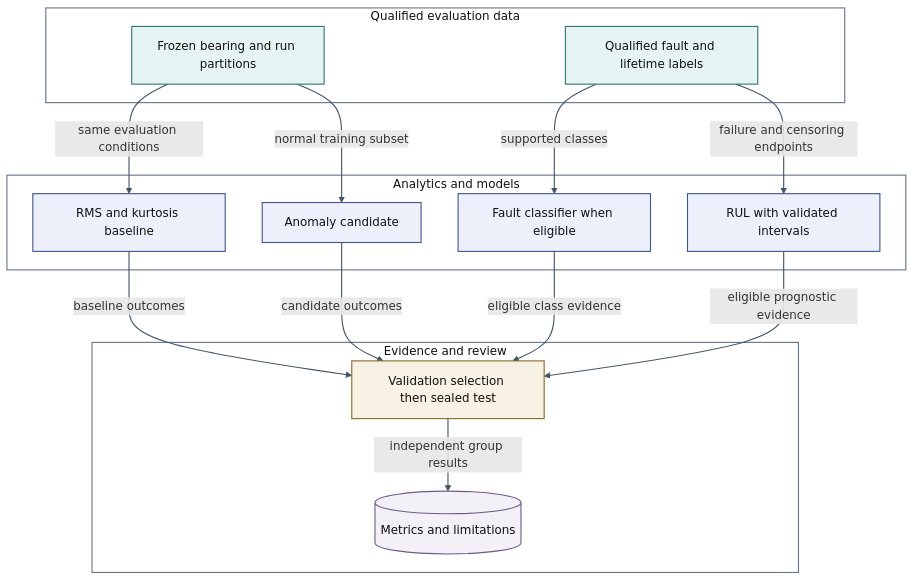
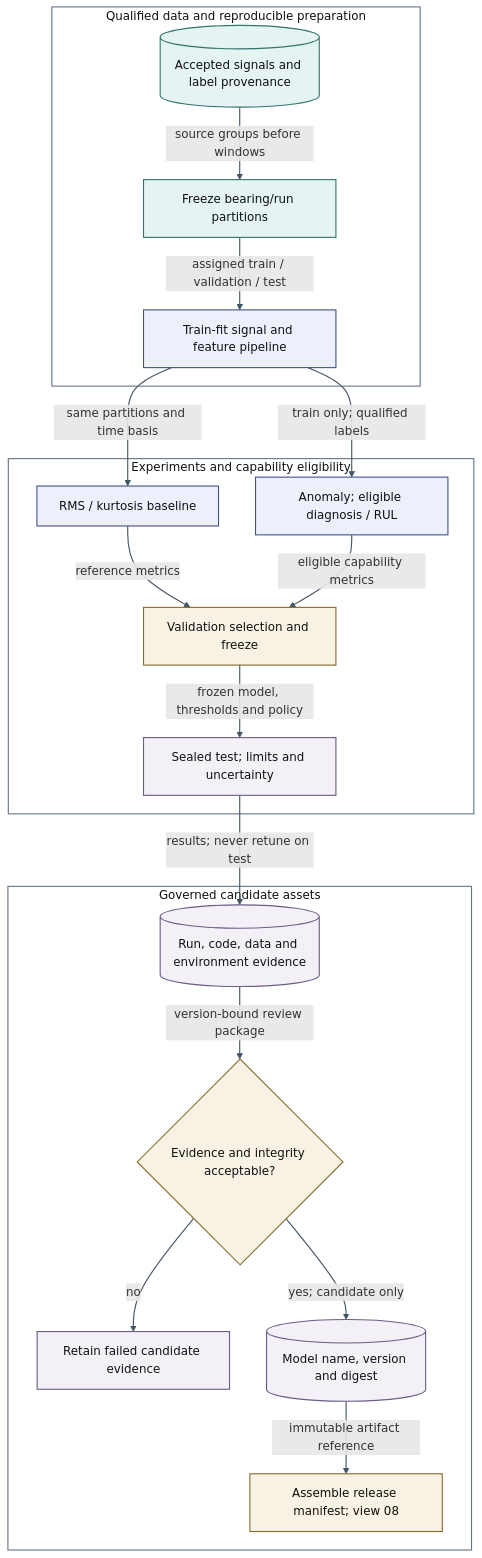
The fourth of 13 diagrams in docs/architecture/README.md (Douglas-Moore-Engineering/pulse-bearing-health), drawn with Mermaid before and after one commit. The commit also changed other lines of this file and 38 other files, not shown here.

Commit message:
Expand pre-Azure MLOps, release recovery and deployment architecture

````diff
--- a/docs/architecture/README.md
+++ b/docs/architecture/README.md
@@ -154,42 +174,49 @@
 ```mermaid
-%% AI Capability and Evaluation Lifecycle | Proposed design, not deployed | PULSE v0.1
+%% AI/ML Training and Registration | Proposed design; unimplemented | Pulse architecture v0.2
 flowchart TD
-subgraph sg_data["Qualified evaluation data"]
- groups["Frozen bearing and run partitions"]
- labels["Qualified fault and lifetime labels"]
+subgraph sg_data["Qualified data and reproducible preparation"]
+  data[("Accepted signals and label provenance")]
+  split["Freeze bearing/run partitions"]
+  prep["Train-fit signal and feature pipeline"]
 end
-subgraph sg_models["Analytics and models"]
- baseline["RMS and kurtosis baseline"]
- anomaly["Anomaly candidate"]
- diagnosis["Fault classifier when eligible"]
- rul["RUL with validated intervals"]
+subgraph sg_models["Experiments and capability eligibility"]
+  baseline["RMS / kurtosis baseline"]
+  candidates["Anomaly; eligible diagnosis / RUL"]
+  validation["Validation selection and freeze"]
+  test["Sealed test; limits and uncertainty"]
 end
-subgraph sg_review["Evidence and review"]
- compare["Validation selection then sealed test"]
- report[("Metrics and limitations")]
+subgraph sg_register["Governed candidate assets"]
+  runs[("Run, code, data and environment evidence")]
+  gate{"Evidence and integrity acceptable?"}
+  rejected["Retain failed candidate evidence"]
+  registry[("Model name, version and digest")]
+  manifest["Assemble release manifest; view 08"]
 end
-groups -->|"same evaluation conditions"| baseline
-groups -->|"normal training subset"| anomaly
-labels -->|"supported classes"| diagnosis
-labels -->|"failure and censoring endpoints"| rul
-baseline -->|"baseline outcomes"| compare
-anomaly -->|"candidate outcomes"| compare
-diagnosis -->|"eligible class evidence"| compare
-rul -->|"eligible prognostic evidence"| compare
-compare -->|"independent group results"| report
-class groups,labels data
-class baseline,anomaly,diagnosis,rul model
-class compare policy
-class report evidence
+data -->|"source groups before windows"| split
+split -->|"assigned train / validation / test"| prep
+prep -->|"same partitions and time basis"| baseline
+prep -->|"train only; qualified labels"| candidates
+baseline -->|"reference metrics"| validation
+candidates -->|"eligible capability metrics"| validation
+validation -->|"frozen model, thresholds and policy"| test
+test -->|"results; never retune on test"| runs
+runs -->|"version-bound review package"| gate
+gate -->|"no"| rejected
+gate -->|"yes; candidate only"| registry
+registry -->|"immutable artifact reference"| manifest
+class data,split data
+class prep,baseline,candidates model
+class validation,gate,manifest policy
+class test,runs,rejected,registry evidence
   classDef source fill:#EAF3F8,stroke:#356079,stroke-width:1.5px,color:#111111
   classDef data fill:#E5F4F2,stroke:#32746E,stroke-width:1.5px,color:#111111
   classDef model fill:#EDF0FA,stroke:#42558B,stroke-width:1.5px,color:#111111
   classDef policy fill:#F8F2E4,stroke:#876A2D,stroke-width:1.5px,color:#111111
   classDef human fill:#EFF6EB,stroke:#4C713E,stroke-width:1.5px,color:#111111
   classDef evidence fill:#F3F0F8,stroke:#6E5B85,stroke-width:1.5px,color:#111111
   classDef security fill:#FBEFED,stroke:#9B534C,stroke-width:1.5px,color:#111111
   style sg_data fill:none,stroke:#657588,stroke-width:1.5px,color:#111111
   style sg_models fill:none,stroke:#657588,stroke-width:1.5px,color:#111111
-  style sg_review fill:none,stroke:#657588,stroke-width:1.5px,color:#111111
+  style sg_register fill:none,stroke:#657588,stroke-width:1.5px,color:#111111
   linkStyle default stroke:#425466,stroke-width:1.5px
 ```
````
